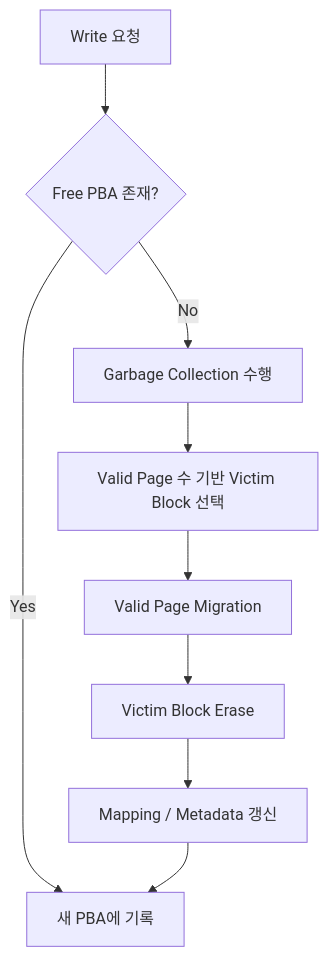
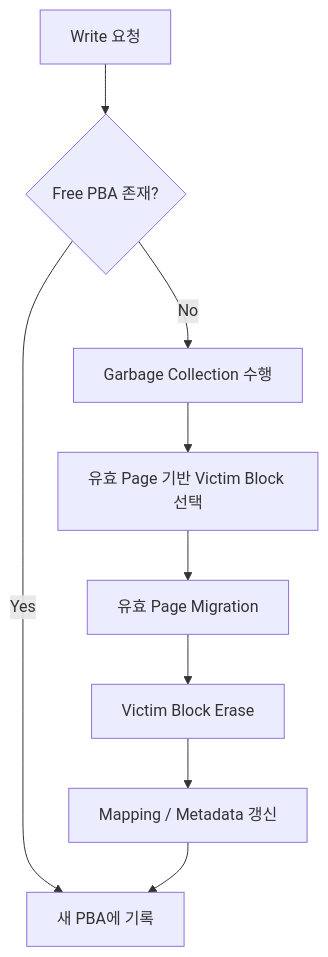
One commit to ttaeyong/ttaeyong.github.io changed the diagram in index.md. Above: the diagram before and after it, drawn with Mermaid. The commit also changed other lines of this file, not shown here.

````diff
--- a/index.md
+++ b/index.md
@@ -262,12 +267,12 @@
 ```mermaid
 flowchart TD
     A[Write 요청] --> B{Free PBA 존재?}
     B -- Yes --> C[새 PBA에 기록]
     B -- No --> D[Garbage Collection 수행]
 
-    D --> E[Valid Page 수 기반 Victim Block 선택]
-    E --> F[Valid Page Migration]
+    D --> E[유효 Page 기반 Victim Block 선택]
+    E --> F[유효 Page Migration]
     F --> G[Victim Block Erase]
     G --> H[Mapping / Metadata 갱신]
     H --> C
 ```
````
